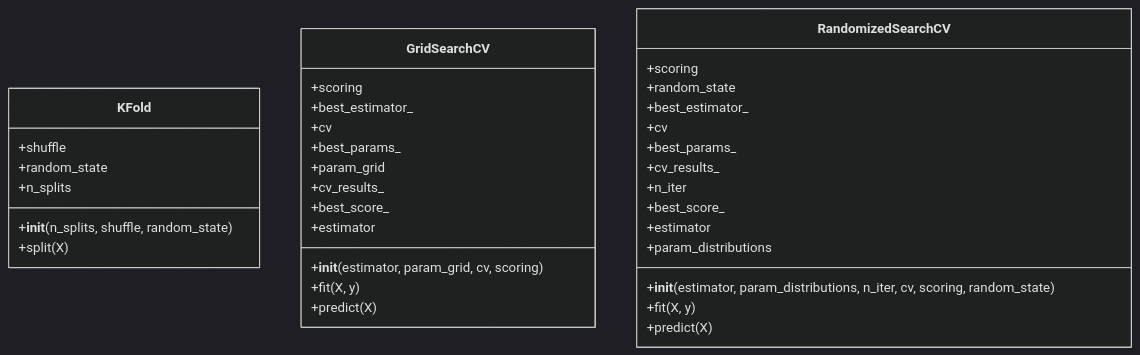
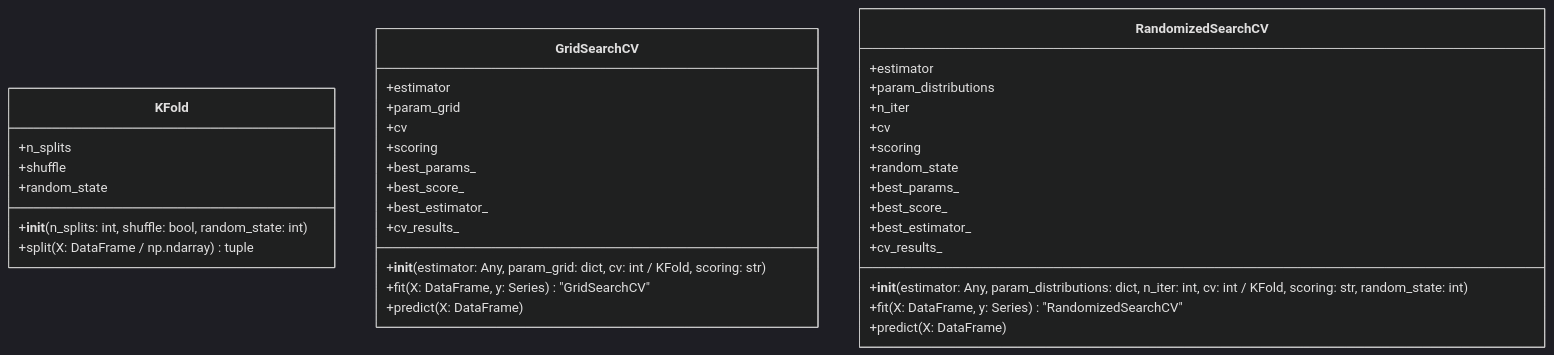
Before and after one commit to SmollCoco/GlassBox: the diagram in packages/glassbox-optimization/docs/UML_Class_Diagram.md, drawn with Mermaid (dark theme). The commit also changed 24 other files, not shown here.

Commit message:
Refining the project's structure and refining README files and UML class diagrams

````diff
--- a/packages/glassbox-optimization/docs/UML_Class_Diagram.md
+++ b/packages/glassbox-optimization/docs/UML_Class_Diagram.md
@@ -3,38 +3,38 @@
 ```mermaid
 classDiagram
     class KFold {
+        +n_splits
         +shuffle
         +random_state
-        +n_splits
-        +__init__(n_splits, shuffle, random_state)
-        +split(X)
+        +__init__(n_splits: int, shuffle: bool, random_state: int)
+        +split(X: DataFrame / np.ndarray)  tuple<np.ndarray, np.ndarray>
     }
     class GridSearchCV {
+        +estimator
+        +param_grid
+        +cv
         +scoring
+        +best_params_
+        +best_score_
         +best_estimator_
-        +cv
-        +best_params_
-        +param_grid
         +cv_results_
-        +best_score_
-        +estimator
-        +__init__(estimator, param_grid, cv, scoring)
-        +fit(X, y)
-        +predict(X)
+        +__init__(estimator: Any, param_grid: dict<str, list>, cv: int / KFold, scoring: str)
+        +fit(X: DataFrame, y: Series)  "GridSearchCV"
+        +predict(X: DataFrame)
     }
     class RandomizedSearchCV {
+        +estimator
+        +param_distributions
+        +n_iter
+        +cv
         +scoring
         +random_state
+        +best_params_
+        +best_score_
         +best_estimator_
-        +cv
-        +best_params_
         +cv_results_
-        +n_iter
-        +best_score_
-        +estimator
-        +param_distributions
-        +__init__(estimator, param_distributions, n_iter, cv, scoring, random_state)
-        +fit(X, y)
-        +predict(X)
+        +__init__(estimator: Any, param_distributions: dict<str, list>, n_iter: int, cv: int / KFold, scoring: str, random_state: int)
+        +fit(X: DataFrame, y: Series)  "RandomizedSearchCV"
+        +predict(X: DataFrame)
     }
 ```
````
